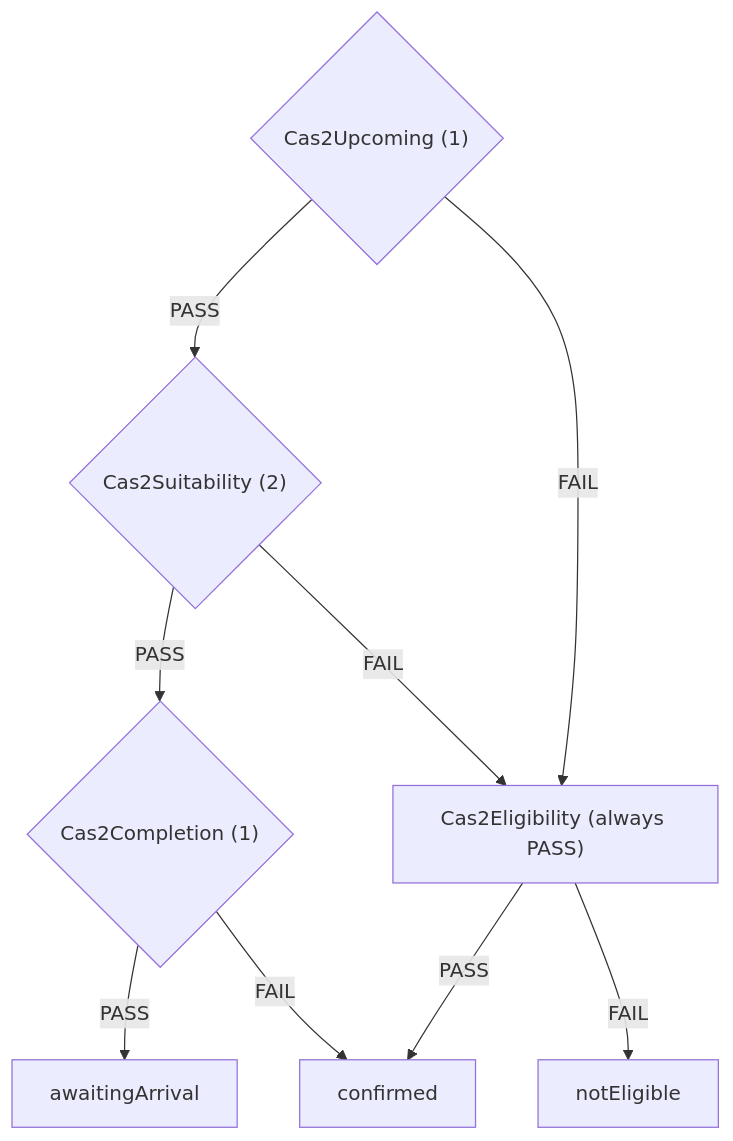
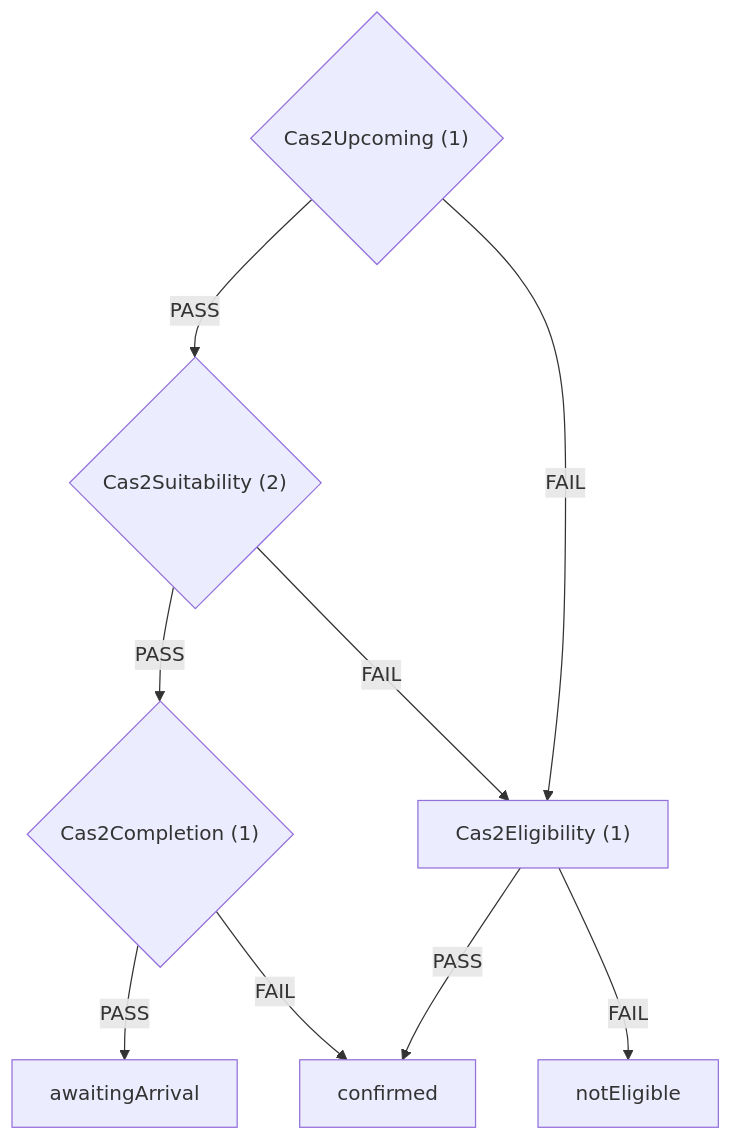
Before and after one commit to ministryofjustice/hmpps-single-accommodation-service-api: the second of 6 diagrams in docs/eligibility-rules-graph.md, drawn with Mermaid. The commit also changed other lines of this file and 11 other files, not shown here.

Commit message:
feature/SAS-1303-Add-U18-eligibility-rule-for-CAS2 (#687)

````diff
--- a/docs/eligibility-rules-graph.md
+++ b/docs/eligibility-rules-graph.md
@@ -84,18 +84,18 @@
 ```mermaid
 flowchart TD
   Cas2Upcoming{"Cas2Upcoming (1)"}
   Cas2Suitability{"Cas2Suitability (2)"}
   Cas2Completion{"Cas2Completion (1)"}
   awaitingArrival["awaitingArrival"]
   confirmed["confirmed"]
-  Cas2Eligibility["Cas2Eligibility (always PASS)"]
+  Cas2Eligibility["Cas2Eligibility (1)"]
   notEligible["notEligible"]
   Cas2Completion -->|PASS| awaitingArrival
   Cas2Completion -->|FAIL| confirmed
   Cas2Eligibility -->|PASS| confirmed
   Cas2Eligibility -->|FAIL| notEligible
   Cas2Suitability -->|PASS| Cas2Completion
   Cas2Suitability -->|FAIL| Cas2Eligibility
   Cas2Upcoming -->|PASS| Cas2Suitability
   Cas2Upcoming -->|FAIL| Cas2Eligibility
 ```
````
